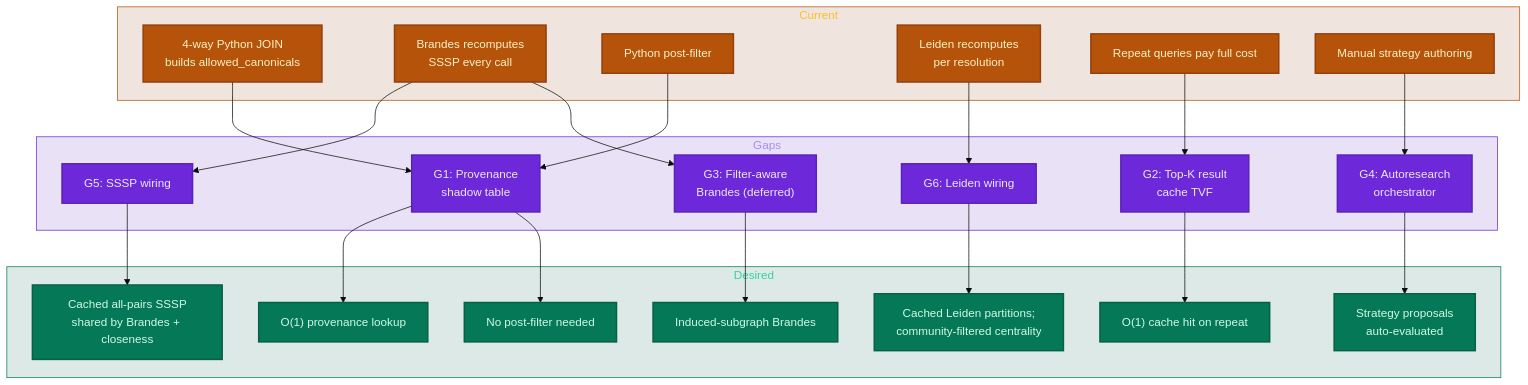
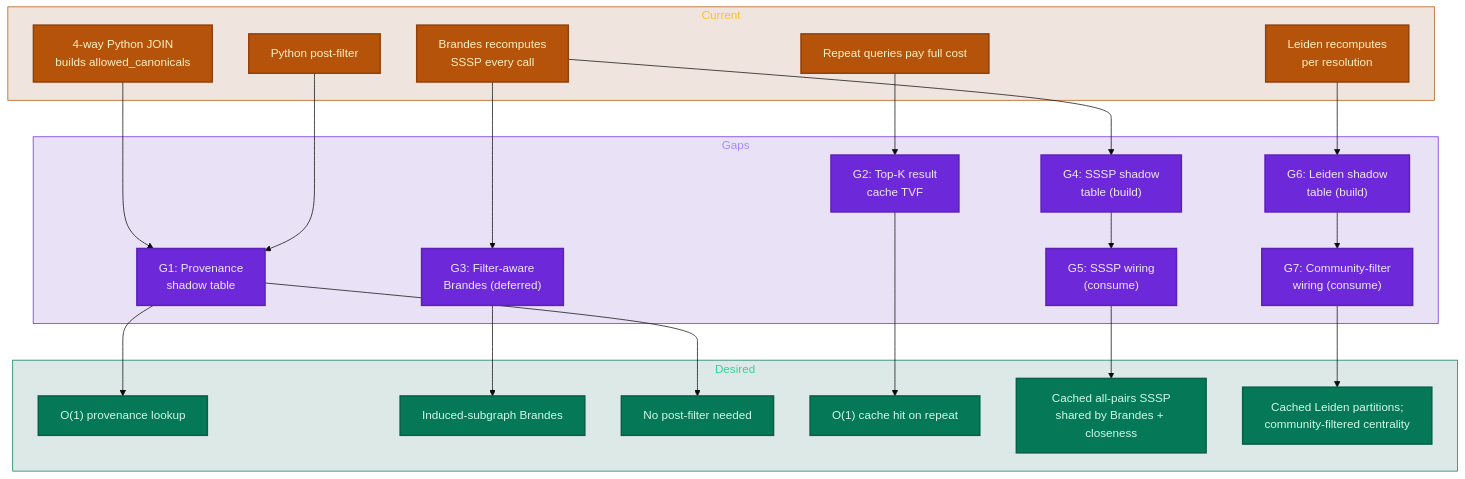
The fourth of 5 diagrams in docs/plans/adv-centrality-filtering.md (neozenith/sqlite-muninn), drawn with Mermaid (base theme) before and after one commit. The commit also changed other lines of this file, not shown here.

````diff
--- a/docs/plans/adv-centrality-filtering.md
+++ b/docs/plans/adv-centrality-filtering.md
@@ -256,48 +447,46 @@
 ```mermaid
 flowchart TD
     subgraph Curr [Current]
         C_JOIN["4-way Python JOIN<br/>builds allowed_canonicals"]
         C_BREN["Brandes recomputes<br/>SSSP every call"]
         C_PFLT["Python post-filter"]
         C_LEID["Leiden recomputes<br/>per resolution"]
         C_RPT["Repeat queries pay full cost"]
-        C_HRN["Manual strategy authoring"]
     end
 
     subgraph Gaps [Gaps]
         G1G["G1: Provenance<br/>shadow table"]
         G2G["G2: Top-K result<br/>cache TVF"]
         G3G["G3: Filter-aware<br/>Brandes (deferred)"]
-        G4G["G4: Autoresearch<br/>orchestrator"]
-        G5G["G5: SSSP wiring"]
-        G6G["G6: Leiden wiring"]
+        G4G["G4: SSSP shadow<br/>table (build)"]
+        G5G["G5: SSSP wiring<br/>(consume)"]
+        G6G["G6: Leiden shadow<br/>table (build)"]
+        G7G["G7: Community-filter<br/>wiring (consume)"]
     end
 
     subgraph Des [Desired]
         D_LOOK["O(1) provenance lookup"]
         D_INDU["Induced-subgraph Brandes"]
         D_NOFL["No post-filter needed"]
         D_CACHE["O(1) cache hit on repeat"]
-        D_AUTO["Strategy proposals<br/>auto-evaluated"]
         D_SSSP["Cached all-pairs SSSP<br/>shared by Brandes + closeness"]
         D_COMM["Cached Leiden partitions;<br/>community-filtered centrality"]
     end
 
     C_JOIN --> G1G --> D_LOOK
     C_PFLT --> G1G --> D_NOFL
-    C_BREN --> G5G --> D_SSSP
+    C_BREN --> G4G --> G5G --> D_SSSP
     C_BREN --> G3G --> D_INDU
-    C_LEID --> G6G --> D_COMM
+    C_LEID --> G6G --> G7G --> D_COMM
     C_RPT --> G2G --> D_CACHE
-    C_HRN --> G4G --> D_AUTO
 
     classDef curr fill:#b45309,stroke:#92400e,color:#fef3c7,stroke-width:2px
     classDef gap fill:#6d28d9,stroke:#5b21b6,color:#ede9fe,stroke-width:2px
     classDef des fill:#047857,stroke:#065f46,color:#d1fae5,stroke-width:2px
-    class C_JOIN,C_BREN,C_PFLT,C_RPT,C_HRN,C_LEID curr
-    class G1G,G2G,G3G,G4G,G5G,G6G gap
-    class D_LOOK,D_INDU,D_NOFL,D_CACHE,D_AUTO,D_SSSP,D_COMM des
+    class C_JOIN,C_BREN,C_PFLT,C_RPT,C_LEID curr
+    class G1G,G2G,G3G,G4G,G5G,G6G,G7G gap
+    class D_LOOK,D_INDU,D_NOFL,D_CACHE,D_SSSP,D_COMM des
     style Curr fill:#92400e22,stroke:#b45309,color:#fbbf24
     style Gaps fill:#5b21b622,stroke:#6d28d9,color:#a78bfa
     style Des fill:#065f4622,stroke:#047857,color:#34d399
 ```
````
